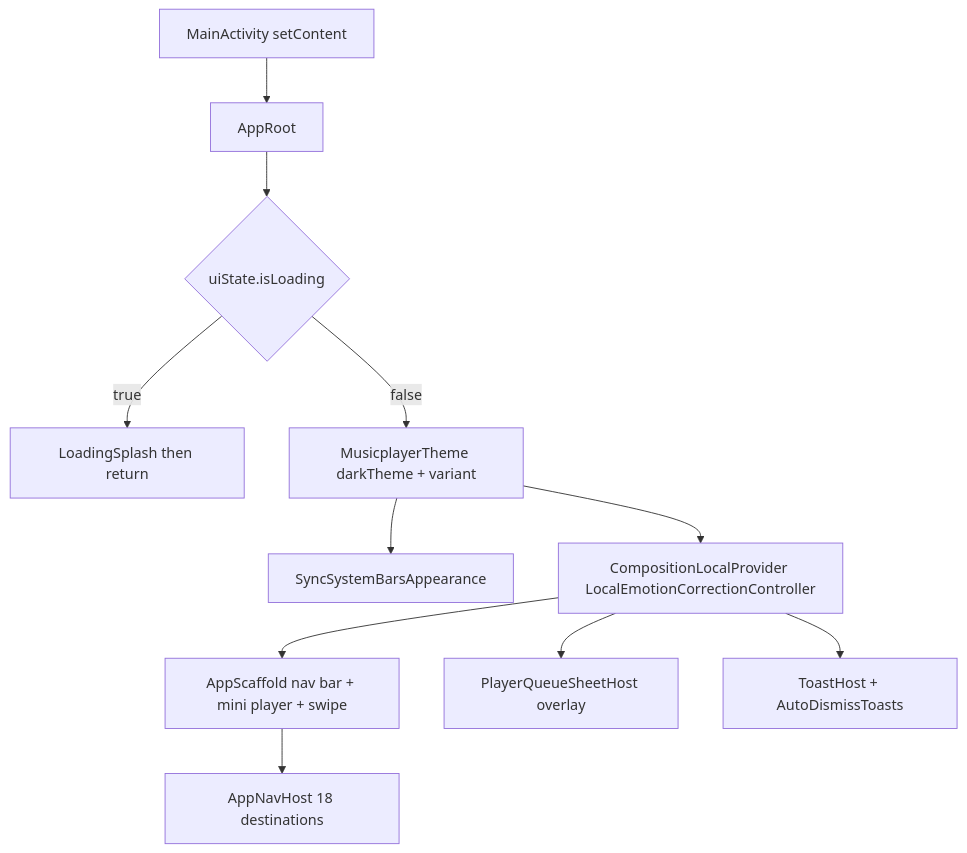
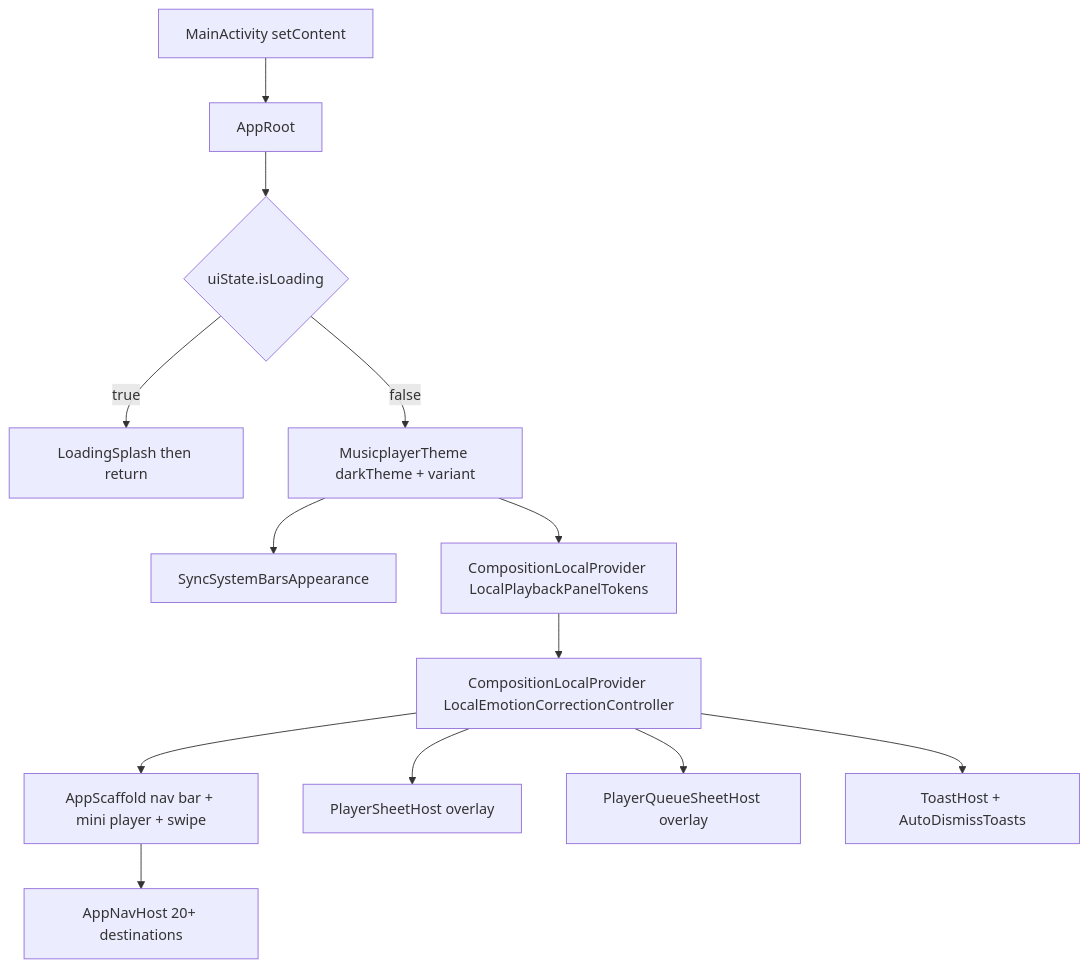
One commit to DefineMyCode/melody-in-heart-x changed the first of 3 diagrams in openwiki/architecture/app-shell-navigation.md. Above: the diagram before and after it, drawn with Mermaid. The commit also changed other lines of this file and 34 other files, not shown here.

````diff
--- a/openwiki/architecture/app-shell-navigation.md
+++ b/openwiki/architecture/app-shell-navigation.md
@@ -81,13 +87,15 @@
 ```mermaid
 flowchart TD
     MA["MainActivity setContent"] --> AR["AppRoot"]
     AR --> GATE{"uiState.isLoading"}
     GATE -->|true| SPLASH["LoadingSplash then return"]
     GATE -->|false| THEME["MusicplayerTheme darkTheme + variant"]
     THEME --> BARS["SyncSystemBarsAppearance"]
-    THEME --> PROVIDER["CompositionLocalProvider LocalEmotionCorrectionController"]
+    THEME --> TOKENS["CompositionLocalProvider LocalPlaybackPanelTokens"]
+    TOKENS --> PROVIDER["CompositionLocalProvider LocalEmotionCorrectionController"]
     PROVIDER --> SCAFFOLD["AppScaffold nav bar + mini player + swipe"]
-    SCAFFOLD --> NAVHOST["AppNavHost 18 destinations"]
+    SCAFFOLD --> NAVHOST["AppNavHost 20+ destinations"]
+    PROVIDER --> SHEET["PlayerSheetHost overlay"]
     PROVIDER --> QUEUE["PlayerQueueSheetHost overlay"]
     PROVIDER --> TOASTS["ToastHost + AutoDismissToasts"]
 ```
````
